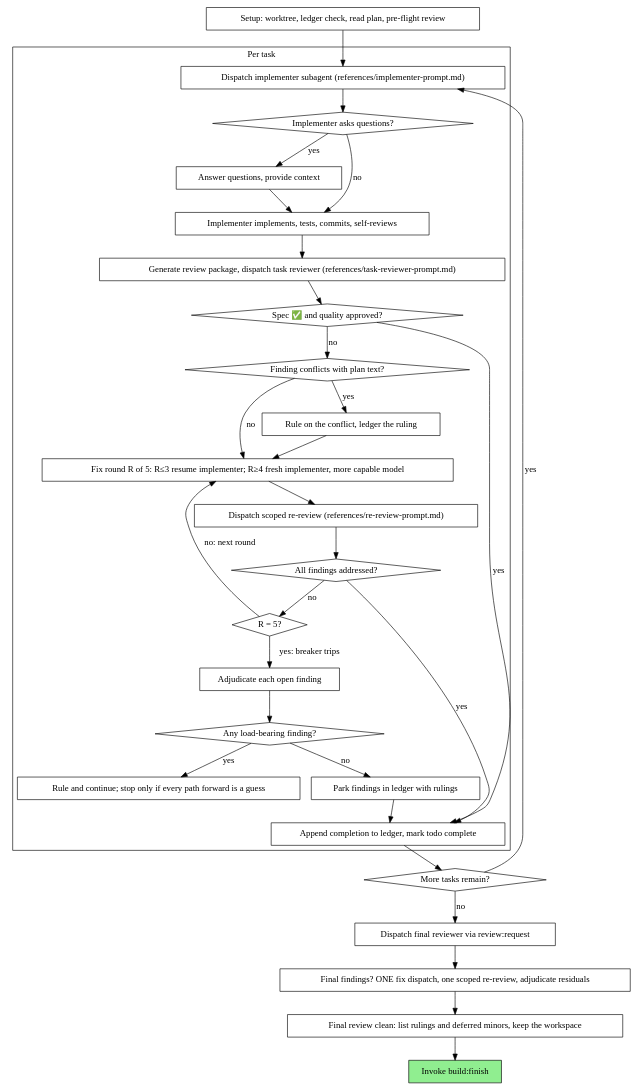
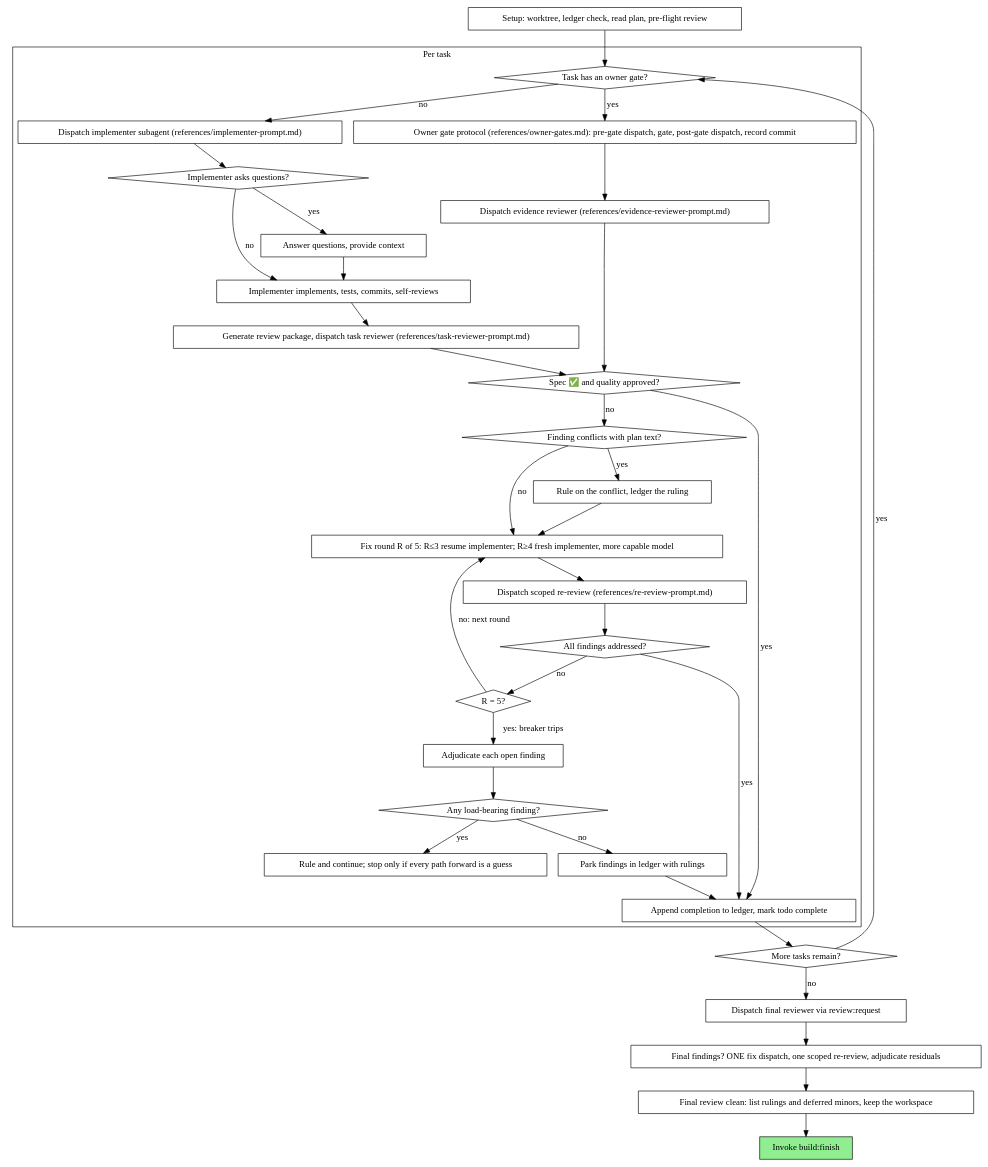
The second of 2 diagrams in plugins/build/skills/delegate/SKILL.md (lyngon/devkit), drawn with Graphviz before and after one commit. The commit also changed other lines of this file and 3 other files, not shown here.

Commit message:
feat(build): run owner gates in build:delegate

````diff
--- a/plugins/build/skills/delegate/SKILL.md
+++ b/plugins/build/skills/delegate/SKILL.md
@@ -70,62 +70,69 @@
 ```dot
 digraph process {
     rankdir=TB;
 
     subgraph cluster_per_task {
         label="Per task";
         "Dispatch implementer subagent (references/implementer-prompt.md)" [shape=box];
         "Implementer asks questions?" [shape=diamond];
         "Answer questions, provide context" [shape=box];
         "Implementer implements, tests, commits, self-reviews" [shape=box];
         "Generate review package, dispatch task reviewer (references/task-reviewer-prompt.md)" [shape=box];
         "Spec ✅ and quality approved?" [shape=diamond];
         "Finding conflicts with plan text?" [shape=diamond];
         "Rule on the conflict, ledger the ruling" [shape=box];
         "Fix round R of 5: R≤3 resume implementer; R≥4 fresh implementer, more capable model" [shape=box];
         "Dispatch scoped re-review (references/re-review-prompt.md)" [shape=box];
         "All findings addressed?" [shape=diamond];
         "R = 5?" [shape=diamond];
         "Adjudicate each open finding" [shape=box];
         "Any load-bearing finding?" [shape=diamond];
         "Rule and continue; stop only if every path forward is a guess" [shape=box];
         "Park findings in ledger with rulings" [shape=box];
         "Append completion to ledger, mark todo complete" [shape=box];
+        "Task has an owner gate?" [shape=diamond];
+        "Owner gate protocol (references/owner-gates.md): pre-gate dispatch, gate, post-gate dispatch, record commit" [shape=box];
+        "Dispatch evidence reviewer (references/evidence-reviewer-prompt.md)" [shape=box];
     }
 
     "Setup: worktree, ledger check, read plan, pre-flight review" [shape=box];
     "More tasks remain?" [shape=diamond];
     "Dispatch final reviewer via review:request" [shape=box];
     "Final findings? ONE fix dispatch, one scoped re-review, adjudicate residuals" [shape=box];
     "Final review clean: list rulings and deferred minors, keep the workspace" [shape=box];
     "Invoke build:finish" [shape=box style=filled fillcolor=lightgreen];
 
-    "Setup: worktree, ledger check, read plan, pre-flight review" -> "Dispatch implementer subagent (references/implementer-prompt.md)";
+    "Setup: worktree, ledger check, read plan, pre-flight review" -> "Task has an owner gate?";
+    "Task has an owner gate?" -> "Dispatch implementer subagent (references/implementer-prompt.md)" [label="no"];
+    "Task has an owner gate?" -> "Owner gate protocol (references/owner-gates.md): pre-gate dispatch, gate, post-gate dispatch, record commit" [label="yes"];
+    "Owner gate protocol (references/owner-gates.md): pre-gate dispatch, gate, post-gate dispatch, record commit" -> "Dispatch evidence reviewer (references/evidence-reviewer-prompt.md)";
+    "Dispatch evidence reviewer (references/evidence-reviewer-prompt.md)" -> "Spec ✅ and quality approved?";
     "Dispatch implementer subagent (references/implementer-prompt.md)" -> "Implementer asks questions?";
     "Implementer asks questions?" -> "Answer questions, provide context" [label="yes"];
     "Answer questions, provide context" -> "Implementer implements, tests, commits, self-reviews";
     "Implementer asks questions?" -> "Implementer implements, tests, commits, self-reviews" [label="no"];
     "Implementer implements, tests, commits, self-reviews" -> "Generate review package, dispatch task reviewer (references/task-reviewer-prompt.md)";
     "Generate review package, dispatch task reviewer (references/task-reviewer-prompt.md)" -> "Spec ✅ and quality approved?";
     "Spec ✅ and quality approved?" -> "Append completion to ledger, mark todo complete" [label="yes"];
     "Spec ✅ and quality approved?" -> "Finding conflicts with plan text?" [label="no"];
     "Finding conflicts with plan text?" -> "Rule on the conflict, ledger the ruling" [label="yes"];
     "Rule on the conflict, ledger the ruling" -> "Fix round R of 5: R≤3 resume implementer; R≥4 fresh implementer, more capable model";
     "Finding conflicts with plan text?" -> "Fix round R of 5: R≤3 resume implementer; R≥4 fresh implementer, more capable model" [label="no"];
     "Fix round R of 5: R≤3 resume implementer; R≥4 fresh implementer, more capable model" -> "Dispatch scoped re-review (references/re-review-prompt.md)";
     "Dispatch scoped re-review (references/re-review-prompt.md)" -> "All findings addressed?";
     "All findings addressed?" -> "Append completion to ledger, mark todo complete" [label="yes"];
     "All findings addressed?" -> "R = 5?" [label="no"];
     "R = 5?" -> "Fix round R of 5: R≤3 resume implementer; R≥4 fresh implementer, more capable model" [label="no: next round"];
     "R = 5?" -> "Adjudicate each open finding" [label="yes: breaker trips"];
     "Adjudicate each open finding" -> "Any load-bearing finding?";
     "Any load-bearing finding?" -> "Rule and continue; stop only if every path forward is a guess" [label="yes"];
     "Any load-bearing finding?" -> "Park findings in ledger with rulings" [label="no"];
     "Park findings in ledger with rulings" -> "Append completion to ledger, mark todo complete";
     "Append completion to ledger, mark todo complete" -> "More tasks remain?";
-    "More tasks remain?" -> "Dispatch implementer subagent (references/implementer-prompt.md)" [label="yes"];
+    "More tasks remain?" -> "Task has an owner gate?" [label="yes"];
     "More tasks remain?" -> "Dispatch final reviewer via review:request" [label="no"];
     "Dispatch final reviewer via review:request" -> "Final findings? ONE fix dispatch, one scoped re-review, adjudicate residuals";
     "Final findings? ONE fix dispatch, one scoped re-review, adjudicate residuals" -> "Final review clean: list rulings and deferred minors, keep the workspace";
     "Final review clean: list rulings and deferred minors, keep the workspace" -> "Invoke build:finish";
 }
 ```
````
